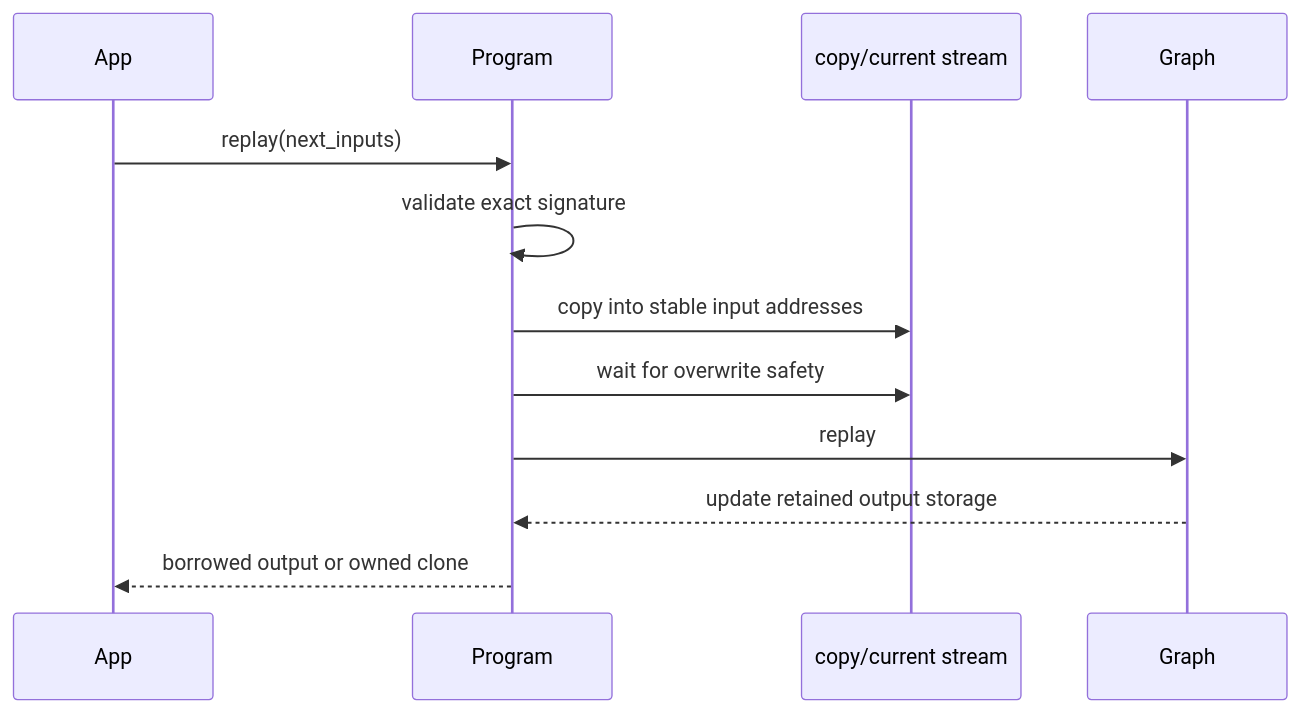
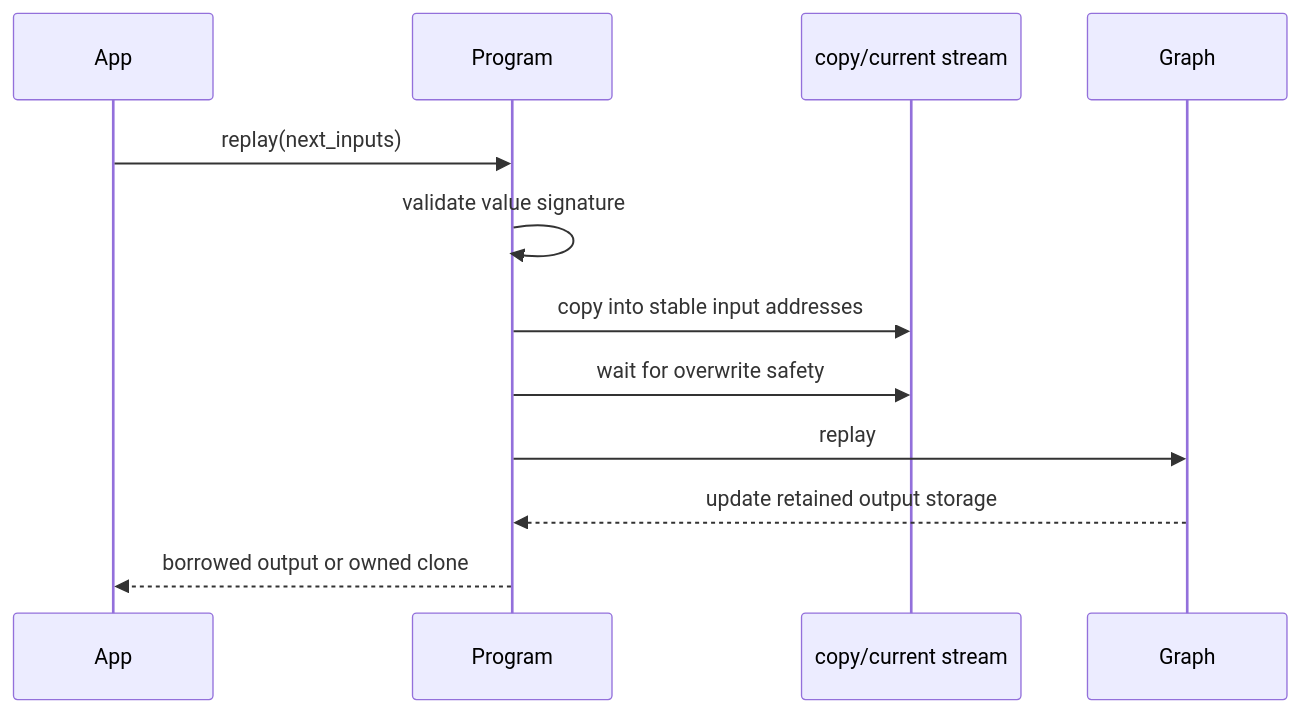
Before and after one commit to visualDust/fhelium: the third of 5 diagrams in docs/concepts/execution/cuda-graph-model.md, drawn with Mermaid. The commit also changed other lines of this file and 222 other files, not shown here.

````diff
--- a/docs/concepts/execution/cuda-graph-model.md
+++ b/docs/concepts/execution/cuda-graph-model.md
@@ -60,15 +60,15 @@
 ```mermaid
 sequenceDiagram
     participant App
     participant Program
     participant Stream as copy/current stream
     participant Graph
 
     App->>Program: replay(next_inputs)
-    Program->>Program: validate exact signature
+    Program->>Program: validate value signature
     Program->>Stream: copy into stable input addresses
     Program->>Stream: wait for overwrite safety
     Program->>Graph: replay
     Graph-->>Program: update retained output storage
     Program-->>App: borrowed output or owned clone
 ```
````
